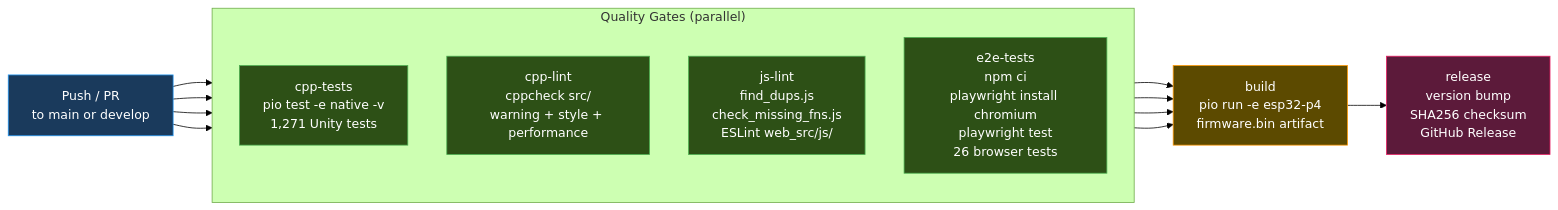
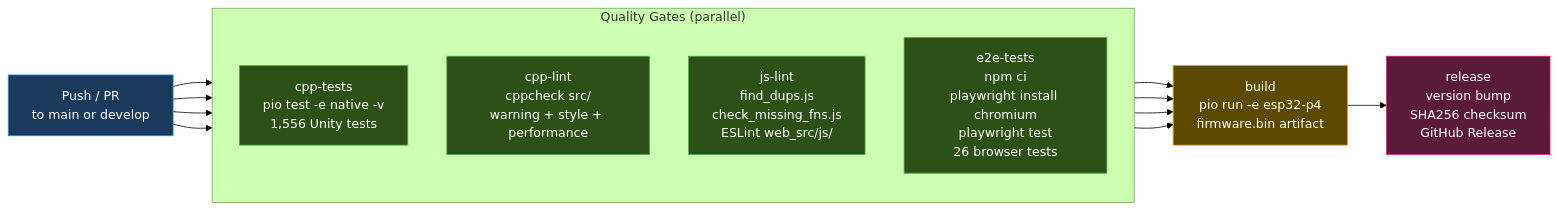
The eighth of 10 diagrams in docs/architecture/diagrams.md (Schmackos/ALX_Nova_Controller_2), drawn with Mermaid (forest theme) before and after one commit. The commit also changed other lines of this file and 21 other files, not shown here.

````diff
--- a/docs/architecture/diagrams.md
+++ b/docs/architecture/diagrams.md
@@ -455,38 +454,38 @@
 ```mermaid
 graph LR
     classDef trigger fill:#1a3a5c,stroke:#2196F3,color:#fff
     classDef gate fill:#2d5016,stroke:#4CAF50,color:#fff
     classDef build fill:#5c4a00,stroke:#FF9800,color:#fff
     classDef release fill:#5c1a3a,stroke:#E91E63,color:#fff
 
     PUSH["Push / PR\nto main or develop"]
 
     subgraph Gates["Quality Gates (parallel)"]
         direction TB
-        CPP["cpp-tests\npio test -e native -v\n1,271 Unity tests"]
+        CPP["cpp-tests\npio test -e native -v\n1,556 Unity tests"]
         CPPL["cpp-lint\ncppcheck src/\nwarning + style + performance"]
         JSL["js-lint\nfind_dups.js\ncheck_missing_fns.js\nESLint web_src/js/"]
         E2E["e2e-tests\nnpm ci\nplaywright install chromium\nplaywright test\n26 browser tests"]
     end
 
     BUILD["build\npio run -e esp32-p4\nfirmware.bin artifact"]
 
     REL["release\nversion bump\nSHA256 checksum\nGitHub Release"]
 
     PUSH --> CPP
     PUSH --> CPPL
     PUSH --> JSL
     PUSH --> E2E
 
     CPP --> BUILD
     CPPL --> BUILD
     JSL --> BUILD
     E2E --> BUILD
 
     BUILD --> REL
 
     class PUSH trigger
     class CPP,CPPL,JSL,E2E gate
     class BUILD build
     class REL release
 ```
````
